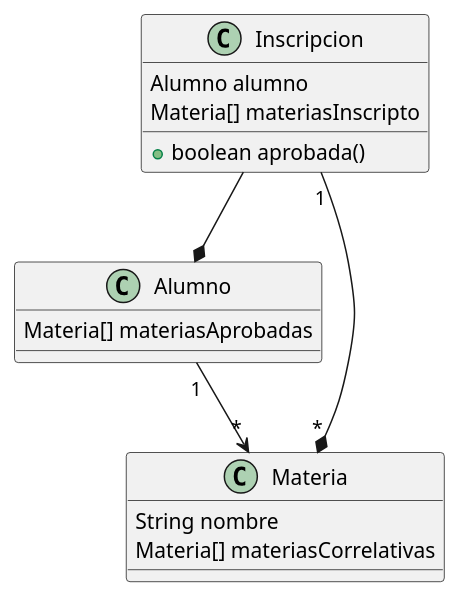
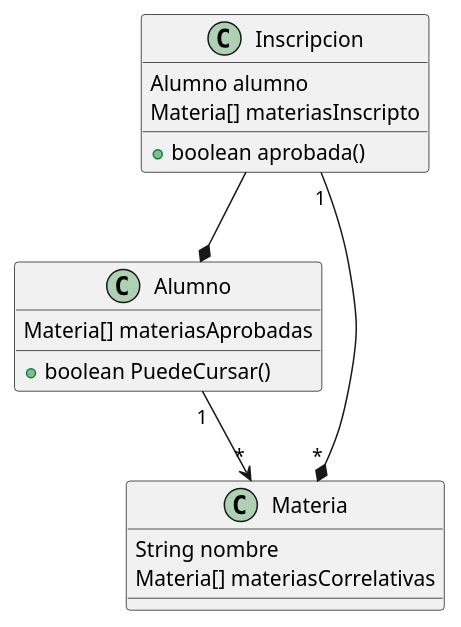
One commit to JMVillagra2001/ValidadorCorrelativas changed the diagram in docs/diagrama.puml. Above: the diagram before and after it, drawn with PlantUML. The commit also changed 3 other files, not shown here.

Commit message:
Codigo implementado + añado el metodo PuedeCursar a Alumno

```diff
--- a/docs/diagrama.puml
+++ b/docs/diagrama.puml
@@ -1,23 +1,25 @@
 @startuml
 
 class Alumno {
     Materia[] materiasAprobadas
+
+    +boolean PuedeCursar()
 }
 
 class Inscripcion {
     Alumno alumno
     Materia[] materiasInscripto
 
     +boolean aprobada()
 }
 
 class Materia {
     String nombre
     Materia[] materiasCorrelativas
 }
 
 Alumno "1" --> "*" Materia
 Inscripcion --* Alumno
 Inscripcion "1" --* "*" Materia
 
 @enduml
```
